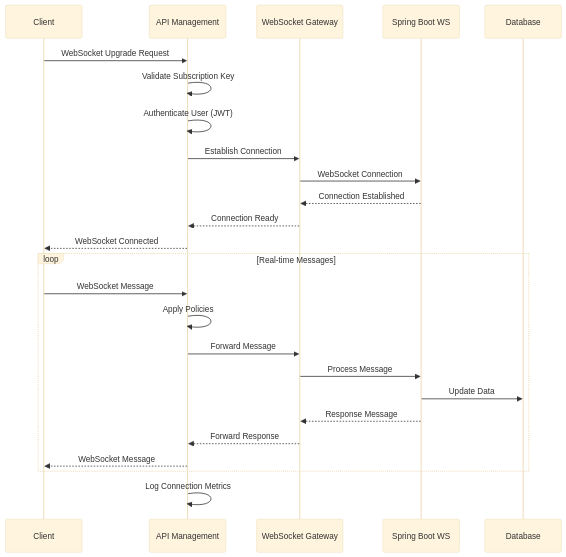
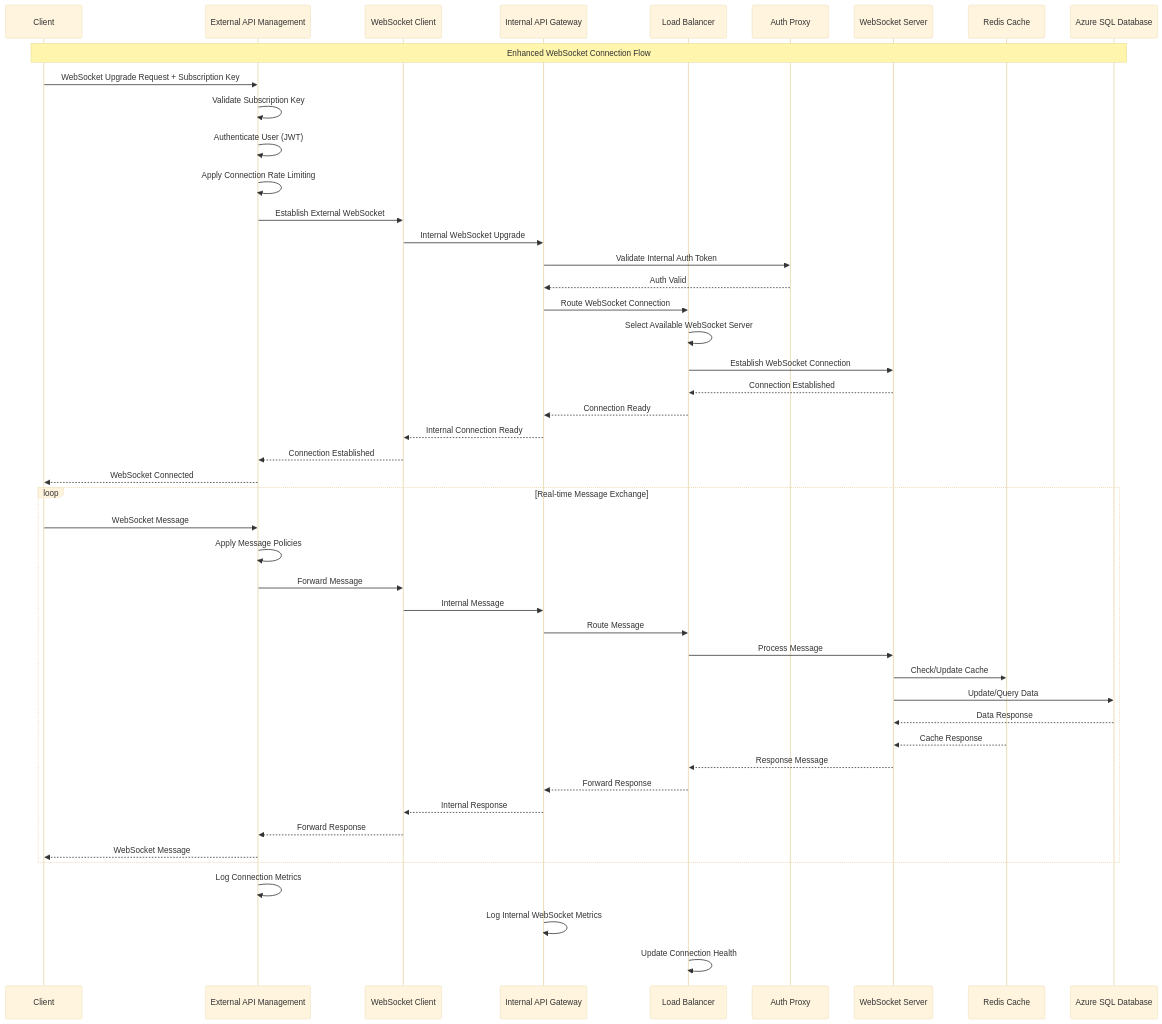
One commit to calvinlee999/react_next_java_journey changed the third of 10 diagrams in docs/architecture/azure-api-management-architecture.md. Above: the diagram before and after it, drawn with Mermaid (base theme). The commit also changed other lines of this file, not shown here.

First line of the commit message:
feat: enhance all API Management Flow Diagrams with Internal Gateway architecture

````diff
--- a/docs/architecture/azure-api-management-architecture.md
+++ b/docs/architecture/azure-api-management-architecture.md
@@ -189,30 +215,56 @@
 ```mermaid
 sequenceDiagram
     participant Client
-    participant APIM as API Management
-    participant WSGateway as WebSocket Gateway
-    participant Backend as Spring Boot WS
-    participant DB as Database
+    participant APIM as External API Management
+    participant WSClient as WebSocket Client
+    participant InternalGW as Internal API Gateway
+    participant LoadBalancer as Load Balancer
+    participant Auth as Auth Proxy
+    participant WSServer as WebSocket Server
+    participant Cache as Redis Cache
+    participant DB as Azure SQL Database
 
-    Client->>APIM: WebSocket Upgrade Request
+    Note over Client, DB: Enhanced WebSocket Connection Flow
+    
+    Client->>APIM: WebSocket Upgrade Request + Subscription Key
     APIM->>APIM: Validate Subscription Key
     APIM->>APIM: Authenticate User (JWT)
-    APIM->>WSGateway: Establish Connection
-    WSGateway->>Backend: WebSocket Connection
-    Backend-->>WSGateway: Connection Established
-    WSGateway-->>APIM: Connection Ready
+    APIM->>APIM: Apply Connection Rate Limiting
+    APIM->>WSClient: Establish External WebSocket
+    WSClient->>InternalGW: Internal WebSocket Upgrade
+    
+    InternalGW->>Auth: Validate Internal Auth Token
+    Auth-->>InternalGW: Auth Valid
+    InternalGW->>LoadBalancer: Route WebSocket Connection
+    LoadBalancer->>LoadBalancer: Select Available WebSocket Server
+    LoadBalancer->>WSServer: Establish WebSocket Connection
+    WSServer-->>LoadBalancer: Connection Established
+    LoadBalancer-->>InternalGW: Connection Ready
+    InternalGW-->>WSClient: Internal Connection Ready
+    WSClient-->>APIM: Connection Established
     APIM-->>Client: WebSocket Connected
 
-    loop Real-time Messages
+    loop Real-time Message Exchange
         Client->>APIM: WebSocket Message
-        APIM->>APIM: Apply Policies
-        APIM->>WSGateway: Forward Message
-        WSGateway->>Backend: Process Message
-        Backend->>DB: Update Data
-        Backend-->>WSGateway: Response Message
-        WSGateway-->>APIM: Forward Response
+        APIM->>APIM: Apply Message Policies
+        APIM->>WSClient: Forward Message
+        WSClient->>InternalGW: Internal Message
+        InternalGW->>LoadBalancer: Route Message
+        LoadBalancer->>WSServer: Process Message
+        
+        WSServer->>Cache: Check/Update Cache
+        WSServer->>DB: Update/Query Data
+        DB-->>WSServer: Data Response
+        Cache-->>WSServer: Cache Response
+        
+        WSServer-->>LoadBalancer: Response Message
+        LoadBalancer-->>InternalGW: Forward Response
+        InternalGW-->>WSClient: Internal Response
+        WSClient-->>APIM: Forward Response
         APIM-->>Client: WebSocket Message
     end
 
     APIM->>APIM: Log Connection Metrics
+    InternalGW->>InternalGW: Log Internal WebSocket Metrics
+    LoadBalancer->>LoadBalancer: Update Connection Health
 ```
````
